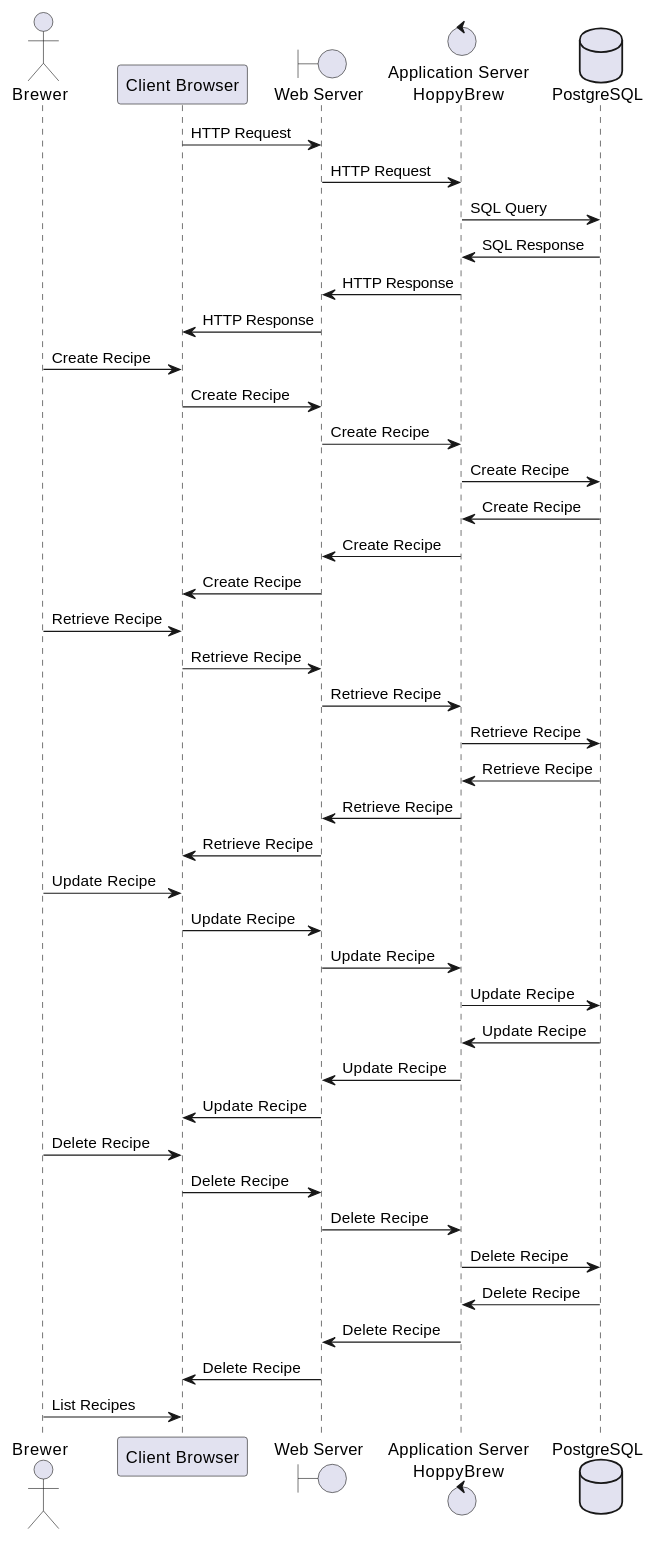
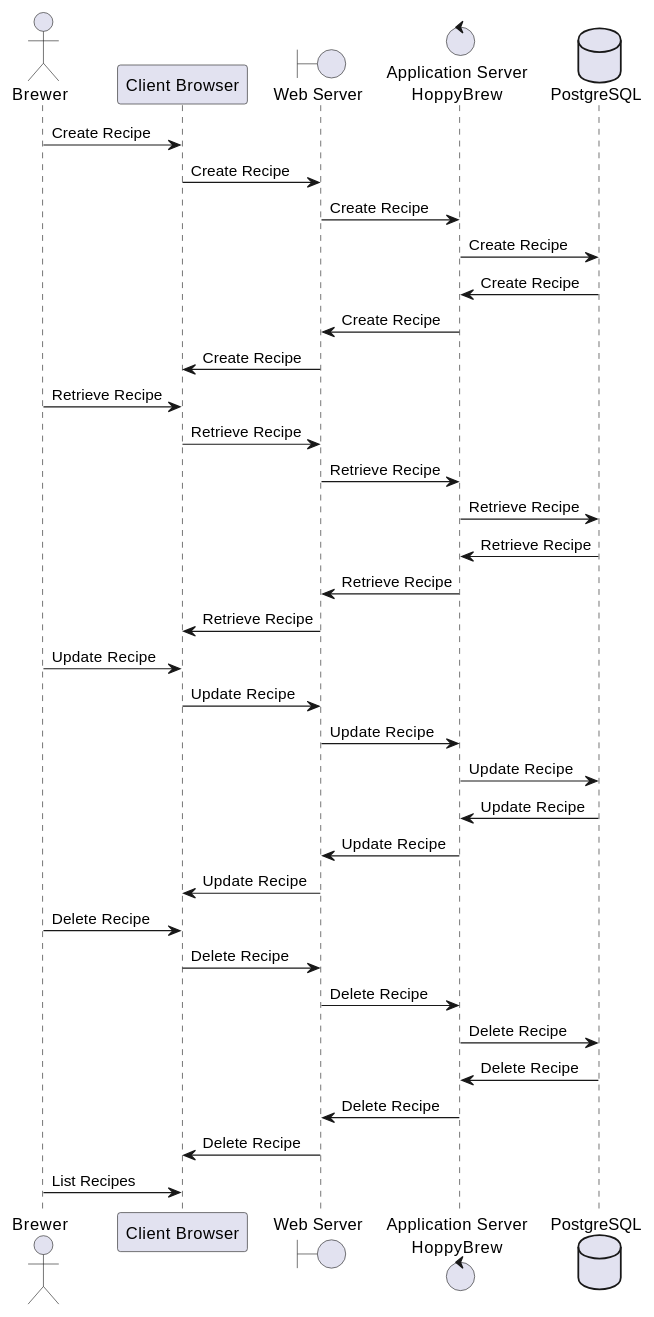
The sixth of 6 diagrams in documents/01-Conception-Phase/00-HoppyBrew.md (asbor/iu-project-software-engineering), drawn with PlantUML before and after one commit. The commit also changed 3 other files, not shown here.

```diff
--- a/documents/01-Conception-Phase/00-HoppyBrew.md
+++ b/documents/01-Conception-Phase/00-HoppyBrew.md
@@ -719,50 +719,43 @@
 @startuml 06-Runtime-View-CRUD-Recipe
 
 actor Brewer as Brewer
 participant "Client Browser" as ClientBrowser
 boundary WebServer as "Web Server"
 control AppServer as "Application Server\nHoppyBrew"
 database "PostgreSQL" as PostgreSQL
-
-ClientBrowser -> WebServer : HTTP Request
-WebServer -> AppServer : HTTP Request
-AppServer -> PostgreSQL : SQL Query
-PostgreSQL -> AppServer : SQL Response
-AppServer -> WebServer : HTTP Response
-WebServer -> ClientBrowser : HTTP Response
 
 Brewer -> ClientBrowser : Create Recipe
 ClientBrowser -> WebServer : Create Recipe
 WebServer -> AppServer : Create Recipe
 AppServer -> PostgreSQL : Create Recipe
 PostgreSQL -> AppServer : Create Recipe
 AppServer -> WebServer : Create Recipe
 WebServer -> ClientBrowser : Create Recipe
 
 Brewer -> ClientBrowser : Retrieve Recipe
 ClientBrowser -> WebServer : Retrieve Recipe
 WebServer -> AppServer : Retrieve Recipe
 AppServer -> PostgreSQL : Retrieve Recipe
 PostgreSQL -> AppServer : Retrieve Recipe
 AppServer -> WebServer : Retrieve Recipe
 WebServer -> ClientBrowser : Retrieve Recipe
 
 Brewer -> ClientBrowser : Update Recipe
 ClientBrowser -> WebServer : Update Recipe
 WebServer -> AppServer : Update Recipe
 AppServer -> PostgreSQL : Update Recipe
 PostgreSQL -> AppServer : Update Recipe
 AppServer -> WebServer : Update Recipe
 WebServer -> ClientBrowser : Update Recipe
 
 Brewer -> ClientBrowser : Delete Recipe
 ClientBrowser -> WebServer : Delete Recipe
 WebServer -> AppServer : Delete Recipe
 AppServer -> PostgreSQL : Delete Recipe
 PostgreSQL -> AppServer : Delete Recipe
 AppServer -> WebServer : Delete Recipe
 WebServer -> ClientBrowser : Delete Recipe
 
 Brewer -> ClientBrowser : List Recipes
 
 @enduml
```
